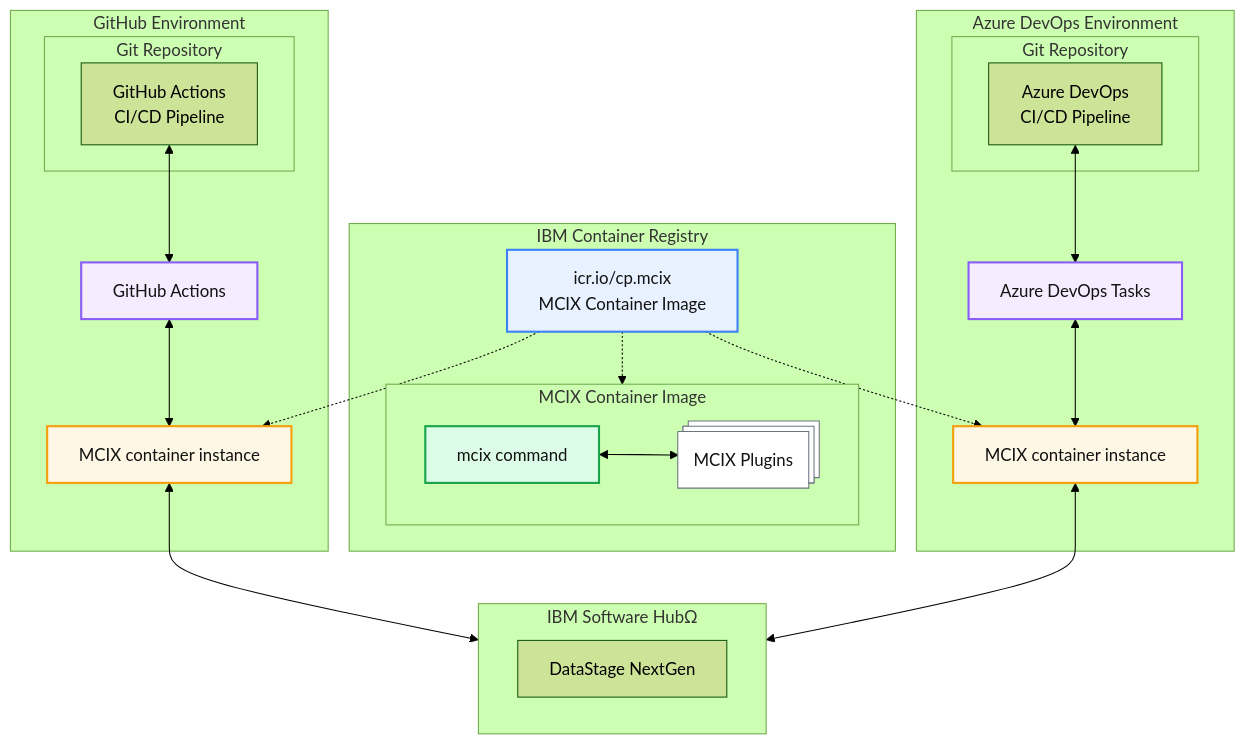
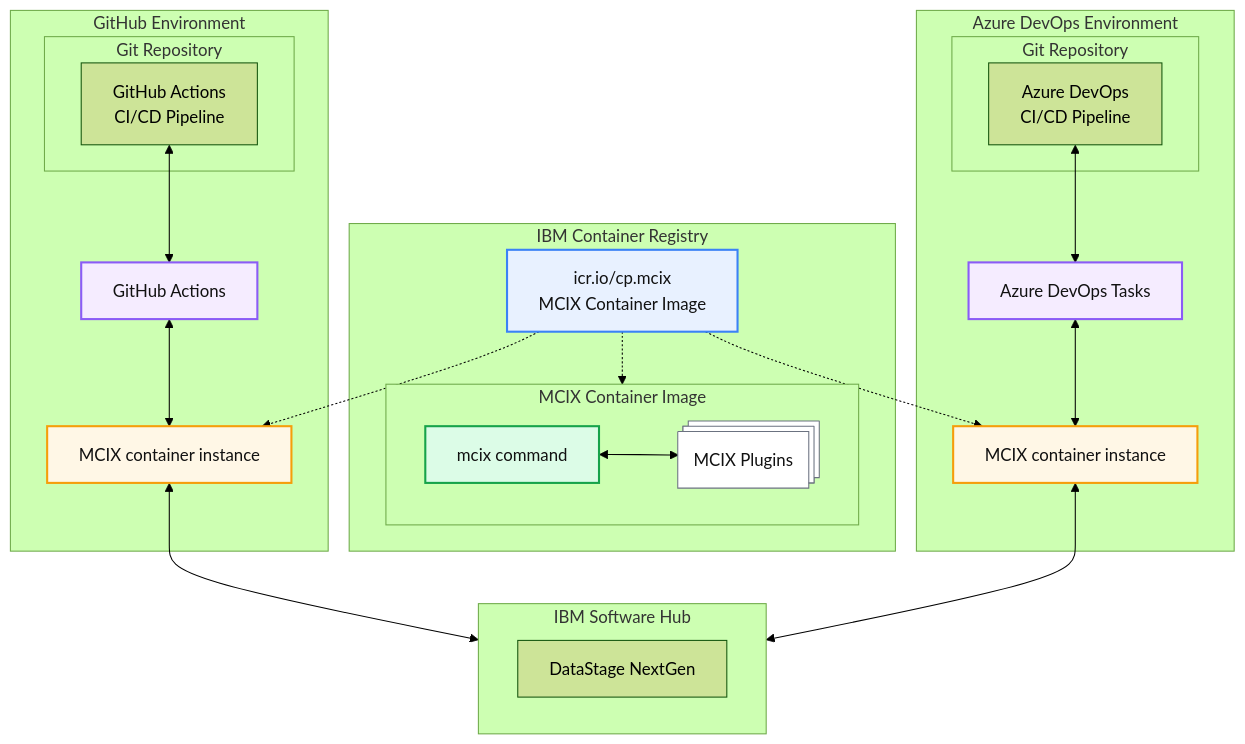
Before and after one commit to MettleCI/mcix: the diagram in ARCHITECTURE.md, drawn with Mermaid (forest theme).

Commit message:
Fix formatting in ARCHITECTURE.md

````diff
--- a/ARCHITECTURE.md
+++ b/ARCHITECTURE.md
@@ -1,83 +1,83 @@
 ```mermaid
   flowchart TD
 
   %% =========================
   %% Styles
   %% =========================
   classDef registry fill:#e8f1ff,stroke:#3b82f6,stroke-width:2px,color:#111;
   classDef image fill:#eefbf3,stroke:#22c55e,stroke-width:2px,color:#111;
   classDef runtime fill:#fff7e6,stroke:#f59e0b,stroke-width:2px,color:#111;
   classDef tooling fill:#f5ecff,stroke:#8b5cf6,stroke-width:2px,color:#111;
   classDef plugin fill:#ffffff,stroke:#6b7280,stroke-width:1px,color:#111;
   classDef command fill:#dcfce7,stroke:#16a34a,stroke-width:2px,color:#111;
 
   %% =========================
   %% GitHub environment
   %% =========================
   subgraph GH["GitHub Environment"]
       subgraph GHREPO["Git Repository"]
         GHPIPE["GitHub Actions<br/>CI/CD Pipeline"]
       end
       GHCONT["MCIX container instance"]
       GHA["GitHub Actions"]
   end
   class GHA tooling
   class GHCONT runtime
 
   %% GH Tooling references 
   GHPIPE <--> GHA
   GHA <--> GHCONT
 
   %% =========================
   %% Registry
   %% =========================
   subgraph REG["IBM Container Registry"]
       ICR["icr.io/cp.mcix<br/>MCIX Container Image"]
 
       %% Image internals
       subgraph IMG["MCIX Container Image"]
           MCIX["mcix command"]
           PLUGINS@{ shape: procs, label: "MCIX Plugins"}
       end
       class MCIX command
       class PLUGINS plugin
       class IMG image
 
   end
   class ICR registry
 
   ICR -.-> IMG
   MCIX <--> PLUGINS
 
-  subgraph CPD["IBM Software HubΩ"]
+  subgraph CPD["IBM Software Hub"]
     DATASTAGE["DataStage NextGen"]
   end
 
   %% =========================
   %% Azure DevOps environment
   %% =========================
   subgraph ADO["Azure DevOps Environment"]
       subgraph ADOREPO["Git Repository"]
         ADOPIPE["Azure DevOps<br/>CI/CD Pipeline"]
       end
       ADOT["Azure DevOps Tasks"]
       ADOCONT["MCIX container instance"]
   end
   class ADOT tooling
   class ADOCONT runtime
 
   %% =========================
   %% Distribution from registry
   %% =========================
   ICR -.-> GHCONT
   ICR -.-> ADOCONT
 
   %% ADO Tooling references 
   ADOPIPE <--> ADOT
   ADOT <--> ADOCONT
 
   %% Action/Task links to CPD
   GHCONT <--> CPD
   ADOCONT <--> CPD
 
 ```
````
